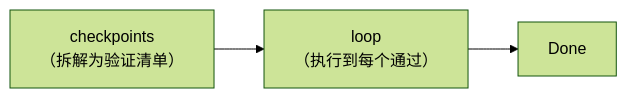
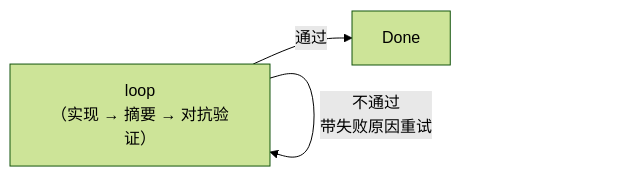
The second of 3 diagrams in README.md (534529531/ralph-flow), drawn with Mermaid (forest theme) before and after one commit. The commit also changed other lines of this file and 11 other files, not shown here.

````diff
--- a/README.md
+++ b/README.md
@@ -166,4 +166,5 @@
 ```mermaid
 flowchart LR
-    C["checkpoints<br/>（拆解为验证清单）"] --> L["loop<br/>（执行到每个通过）"] --> Done
+    L["loop<br/>（实现 → 摘要 → 对抗验证）"] -->|不通过<br/>带失败原因重试| L
+    L -->|通过| Done
 ```
````
